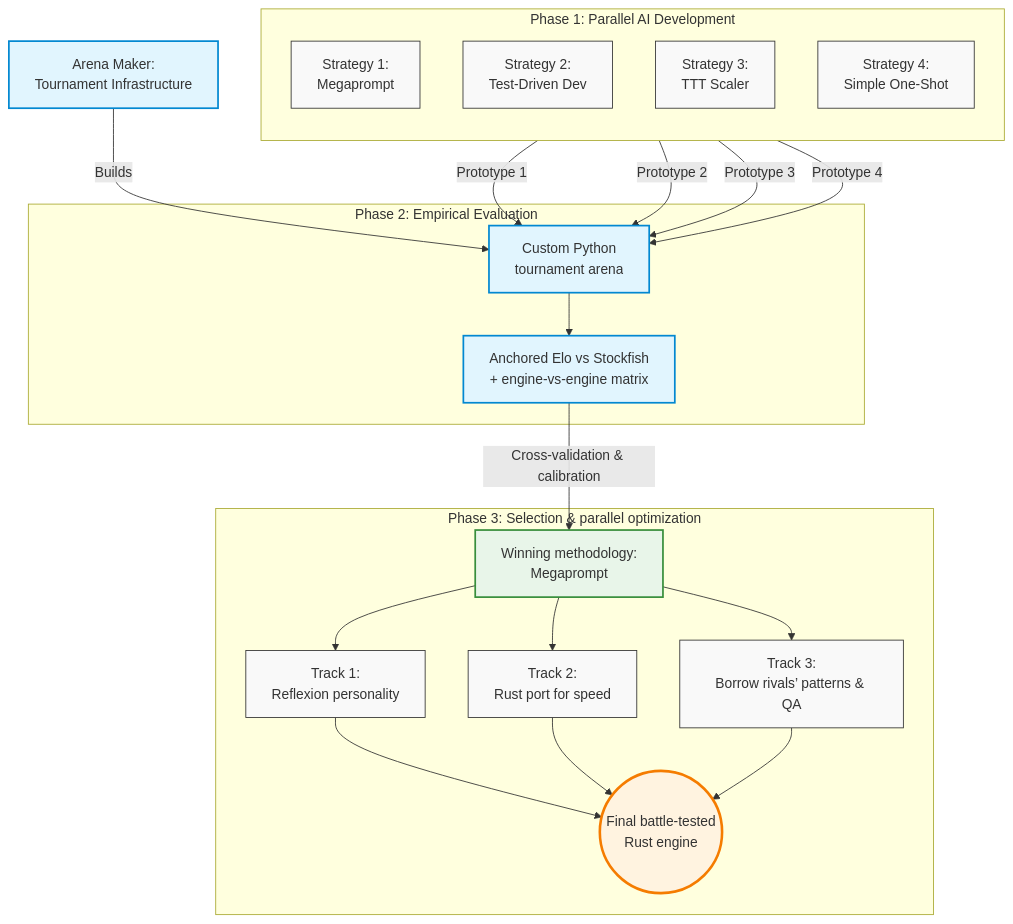
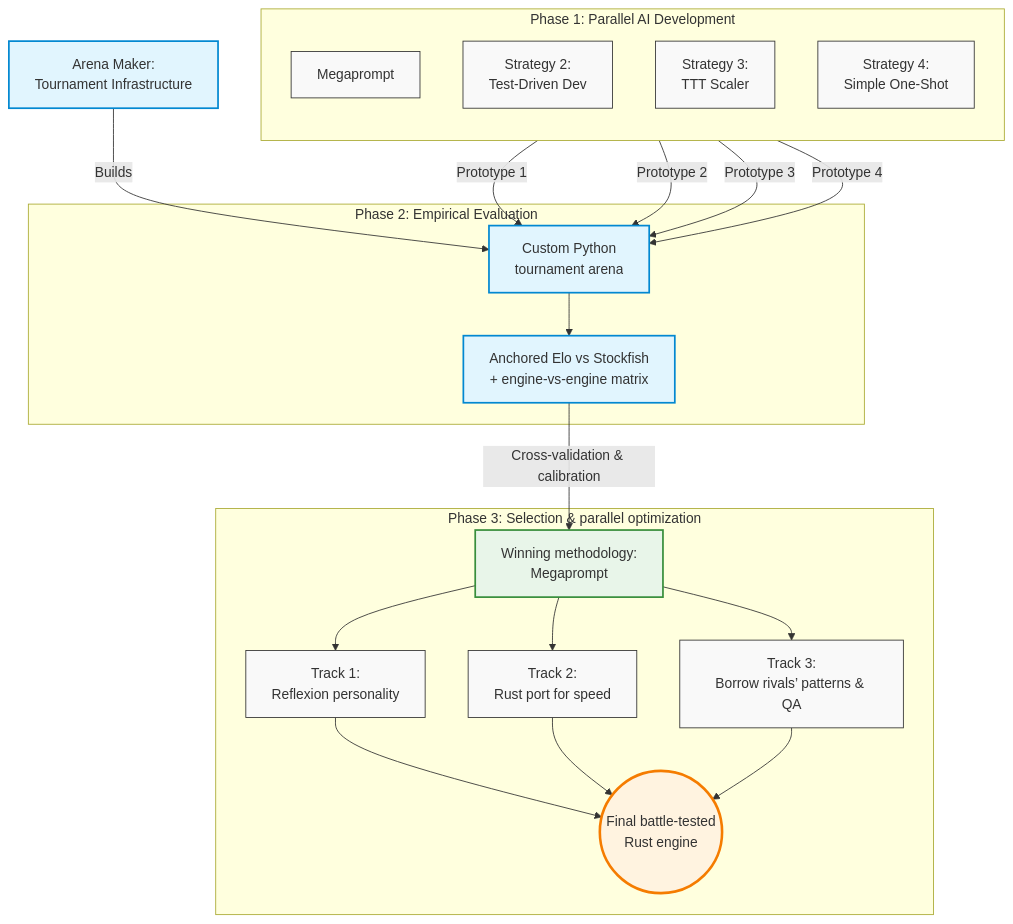
The first of 2 diagrams in README.md (krishavs1/Cubist-Hackathon-2026), drawn with Mermaid before and after one commit. The commit also changed other lines of this file, not shown here.

````diff
--- a/README.md
+++ b/README.md
@@ -9,48 +9,48 @@
 ```mermaid
 graph TD
     %% Define styles for a quantitative/research aesthetic
     classDef strategy fill:#f9f9f9,stroke:#333,stroke-width:1px;
     classDef arena fill:#e1f5fe,stroke:#0288d1,stroke-width:2px;
     classDef winner fill:#e8f5e9,stroke:#388e3c,stroke-width:2px;
     classDef final fill:#fff3e0,stroke:#f57c00,stroke-width:3px;
 
     subgraph Phase 1: Parallel AI Development
         direction TB
-        S1[Strategy 1:<br>Megaprompt]:::strategy
+        S1[Megaprompt]:::strategy
         S2[Strategy 2:<br>Test-Driven Dev]:::strategy
         S3[Strategy 3:<br>TTT Scaler]:::strategy
         S4[Strategy 4:<br>Simple One-Shot]:::strategy
     end
 
     AM[Arena Maker:<br>Tournament Infrastructure]:::arena
 
     subgraph Phase 2: Empirical Evaluation
         Arena[Custom Python<br>tournament arena]:::arena
         Eval[Anchored Elo vs Stockfish<br>+ engine-vs-engine matrix]:::arena
     end
 
     subgraph Phase3["Phase 3: Selection & parallel optimization"]
         Win[Winning methodology:<br>Megaprompt]:::winner
         T1[Track 1:<br>Reflexion personality]:::strategy
         T2[Track 2:<br>Rust port for speed]:::strategy
         T3[Track 3:<br>Borrow rivals’ patterns & QA]:::strategy
         Final((Final battle-tested<br>Rust engine)):::final
     end
 
     %% Connections
     AM -->|Builds| Arena
     Arena --> Eval
 
     S1 -->|Prototype 1| Arena
     S2 -->|Prototype 2| Arena
     S3 -->|Prototype 3| Arena
     S4 -->|Prototype 4| Arena
 
     Eval -->|Cross-validation & calibration| Win
     Win --> T1
     Win --> T2
     Win --> T3
     T1 --> Final
     T2 --> Final
     T3 --> Final
 ```
````
